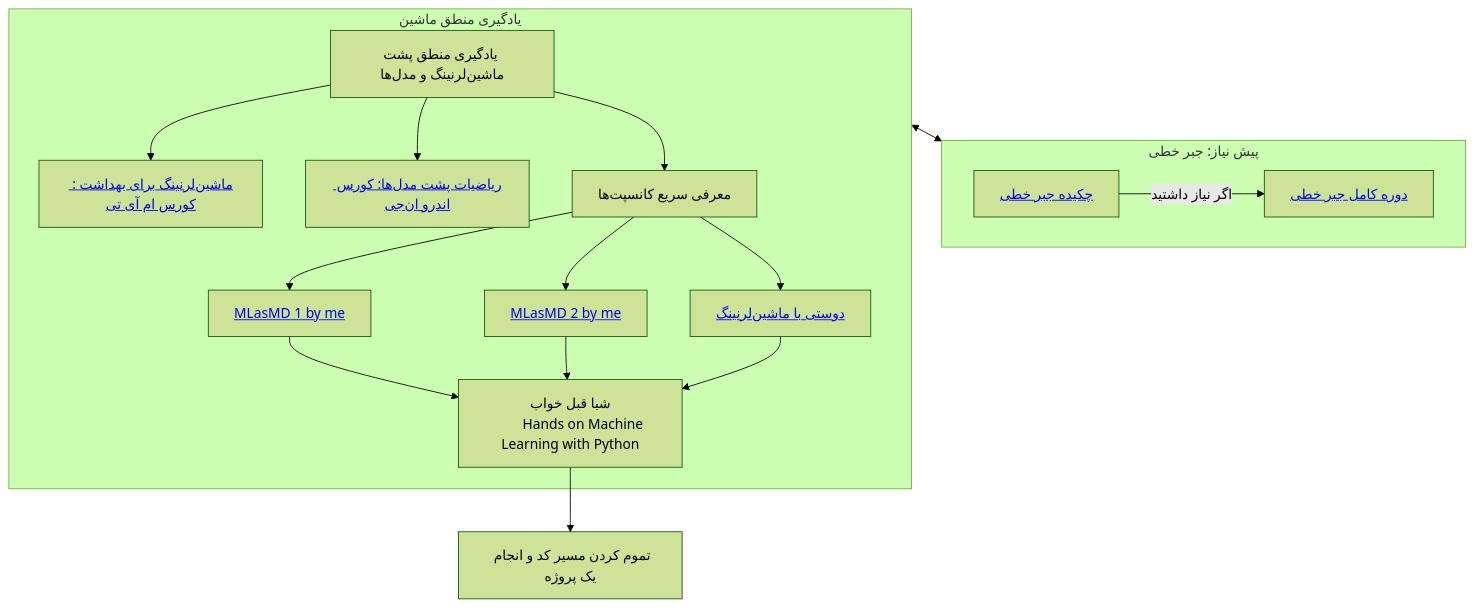
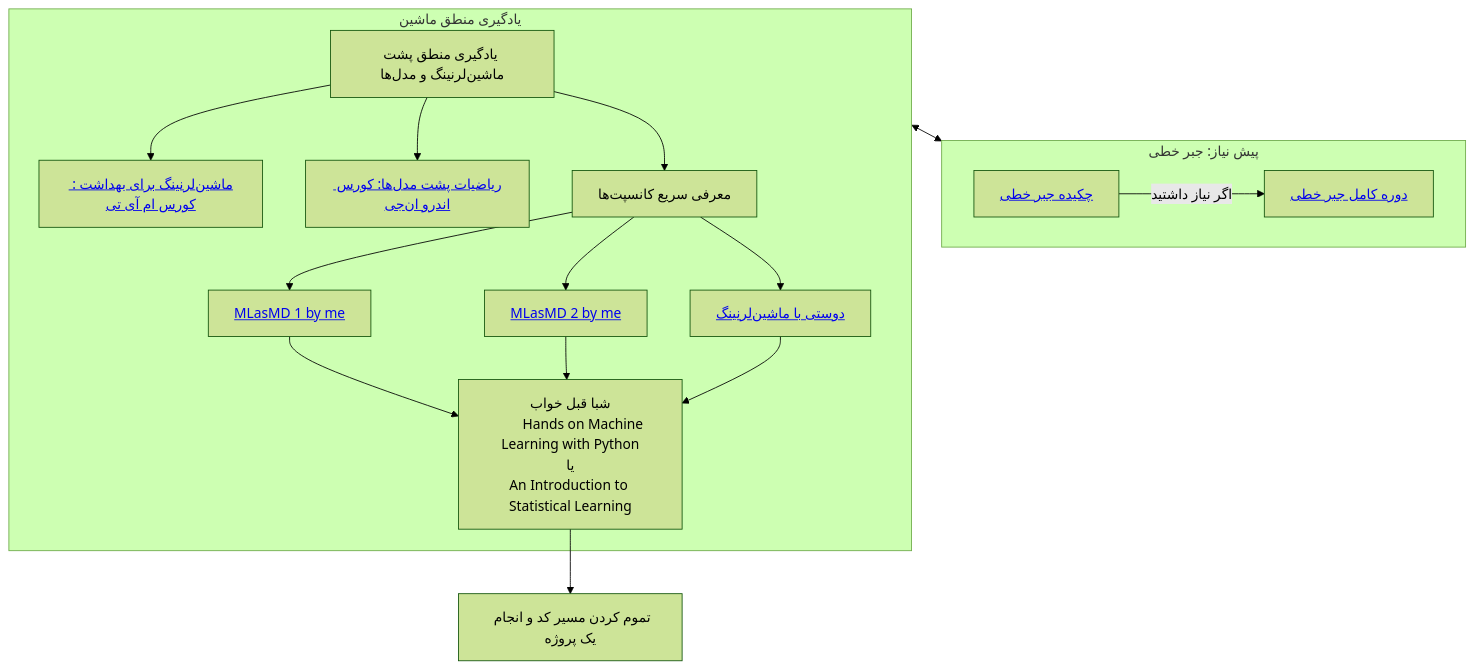
The third of 3 diagrams in AI_in_Med_Pathway_Farsi.md (Sdamirsa/HappyTreeResearchFriends), drawn with Mermaid (forest theme) before and after one commit.

````diff
--- a/AI_in_Med_Pathway_Farsi.md
+++ b/AI_in_Med_Pathway_Farsi.md
@@ -47,32 +47,34 @@
 ```mermaid
 graph TD
     subgraph Pre_ML[پیش نیاز: جبر خطی ]
         Essence[<a href="https://www.youtube.com/playlist?list=PLZHQObOWTQDPD3MizzM2xVFitgF8hE_ab">چکیده جبر خطی</a>]
         FullCourse[<a href="https://www.youtube.com/watch?v=JnTa9XtvmfI">دوره کامل جبر خطی</a>]
     end
 
     subgraph ML[یادگیری منطق ماشین]
         LearnLogic[یادگیری منطق پشت ماشین‌لرنینگ و مدل‌ها]
         HealthcareML[<a href="https://www.youtube.com/playlist?list=PLUl4u3cNGP60B0PQXVQyGNdCyCTDU1Q5j">ماشین‌لرنینگ برای بهداشت : کورس ام آی تی</a>]
         StanfordML[<a href="https://youtube.com/playlist?list=PLoROMvodv4rMiGQp3WXShtMGgzqpfVfbU&si=uqVtGLVlx0QjYVHW">ریاضیات پشت مدل‌ها: کورس اندرو ان‌جی</a>]
         QuickIntro[معرفی سریع کانسپت‌ها]
         MLasMD1[<a href="https://youtu.be/i2uYaVh9LSc">MLasMD 1 by me</a>]
         MLasMD2[<a href="https://youtu.be/i2uYaVh9LSc">MLasMD 2 by me</a>]
         MakingFriends[<a href="https://youtube.com/playlist?list=PLRKtJ4IpxJpB_2ei8-5eWU31EZ6uSj9_s&si=550kUZ8RAIROjCCW">دوستی با ماشین‌لرنینگ</a>]
         Book[شبا قبل خواب
-        Hands on Machine Learning with Python]
+        Hands on Machine Learning with Python
+یا
+An Introduction to Statistical Learning]
     end
 
         Essence -->|اگر نیاز داشتید | FullCourse
 
         ML <--> Pre_ML 
         LearnLogic --> HealthcareML
         LearnLogic --> StanfordML
         LearnLogic --> QuickIntro
         QuickIntro --> MLasMD1 --> Book
         QuickIntro --> MLasMD2 --> Book
         QuickIntro --> MakingFriends --> Book
         
 
         Book-->SelfLearning[تموم کردن مسیر کد و انجام یک پروژه]
 ```
````
